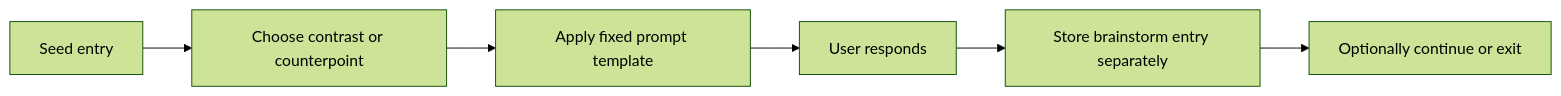
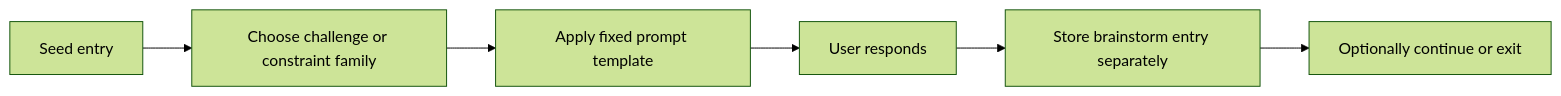
Before and after one commit to flyingrobots/think: the diagram in docs/design/0007-m3-brainstorm-mode.md, drawn with Mermaid (forest theme). The commit also changed other lines of this file and 4 other files, not shown here.

````diff
--- a/docs/design/0007-m3-brainstorm-mode.md
+++ b/docs/design/0007-m3-brainstorm-mode.md
@@ -204,8 +207,8 @@
 ```mermaid
 flowchart LR
-    S["Seed entry"] --> C["Choose contrast or counterpoint"]
-    C --> P["Apply fixed prompt template"]
+    S["Seed entry"] --> F["Choose challenge or constraint family"]
+    F --> P["Apply fixed prompt template"]
     P --> R["User responds"]
     R --> D["Store brainstorm entry separately"]
     D --> N["Optionally continue or exit"]
 ```
````
